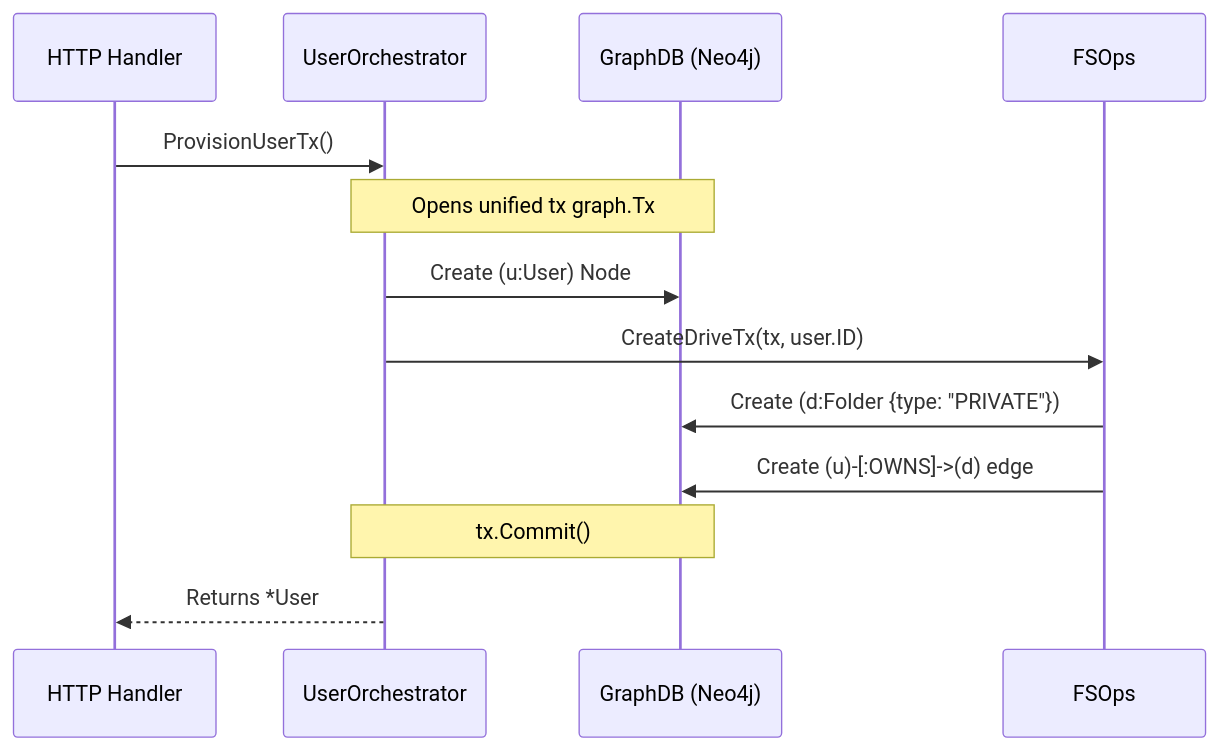
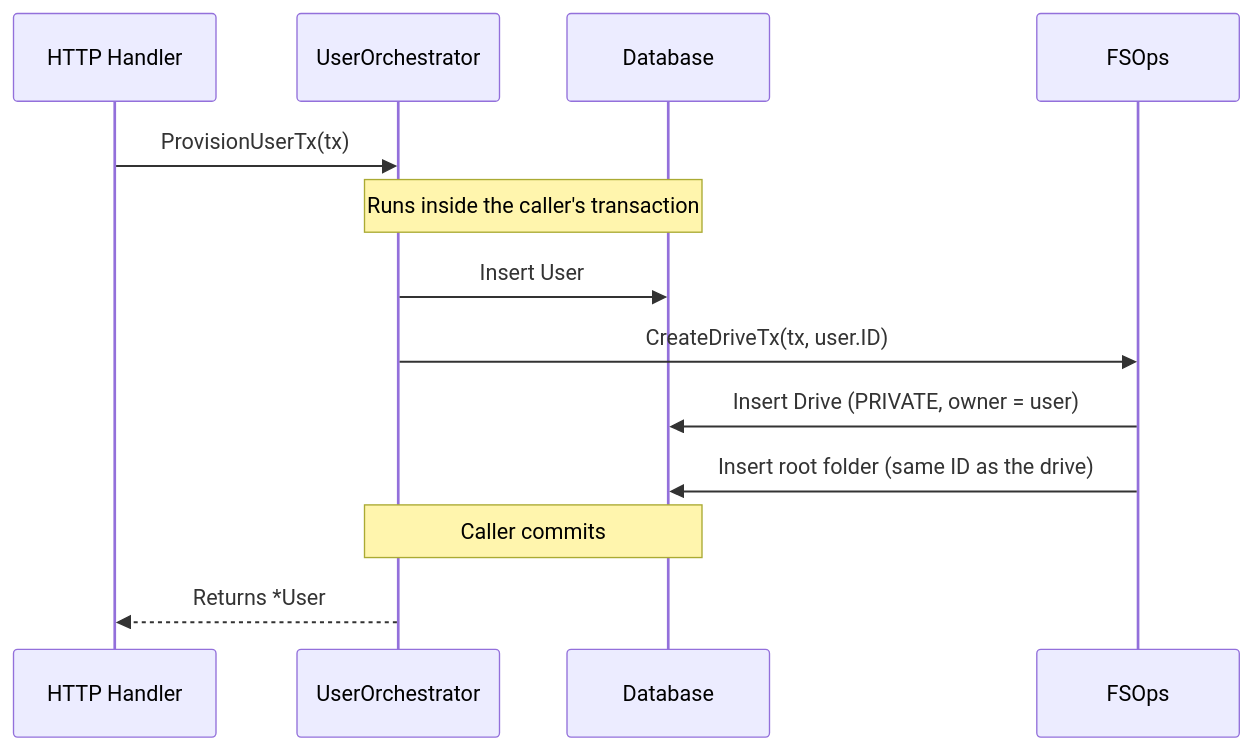
One commit to platrium-app/platrium changed the second of 2 diagrams in docs/content/docs/(contributors)/architecture/identity/users-groups.mdx. Above: the diagram before and after it, drawn with Mermaid. The commit also changed other lines of this file and 75 other files, not shown here.

````diff
--- a/docs/content/docs/(contributors)/architecture/identity/users-groups.mdx
+++ b/docs/content/docs/(contributors)/architecture/identity/users-groups.mdx
@@ -102,16 +104,16 @@
 ```mermaid
 sequenceDiagram
     participant API as HTTP Handler
     participant UO as UserOrchestrator
-    participant Graph as GraphDB (Neo4j)
+    participant DB as Database
     participant FS as FSOps
 
-    API->>UO: ProvisionUserTx()
-    Note over UO,Graph: Opens unified tx graph.Tx
-    UO->>Graph: Create (u:User) Node
+    API->>UO: ProvisionUserTx(tx)
+    Note over UO,DB: Runs inside the caller's transaction
+    UO->>DB: Insert User
     UO->>FS: CreateDriveTx(tx, user.ID)
-    FS->>Graph: Create (d:Folder {type: "PRIVATE"})
-    FS->>Graph: Create (u)-[:OWNS]->(d) edge
-    Note over UO,Graph: tx.Commit() 
+    FS->>DB: Insert Drive (PRIVATE, owner = user)
+    FS->>DB: Insert root folder (same ID as the drive)
+    Note over UO,DB: Caller commits
     UO-->>API: Returns *User
 ```
````
